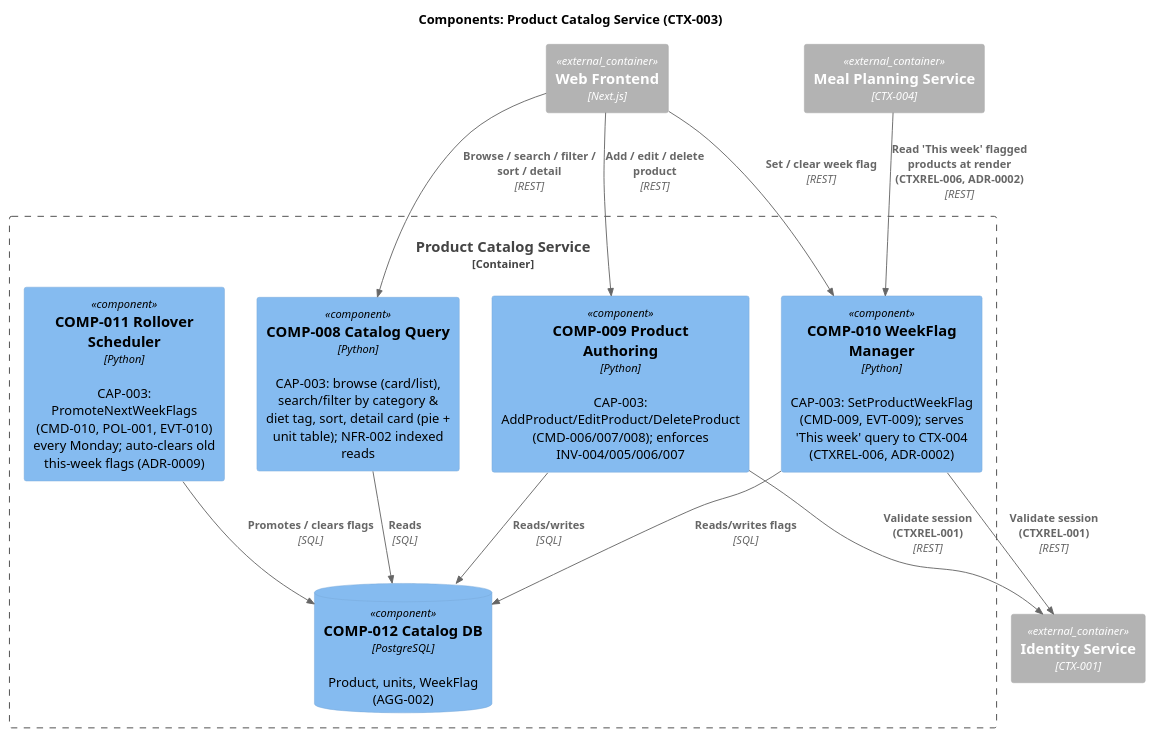
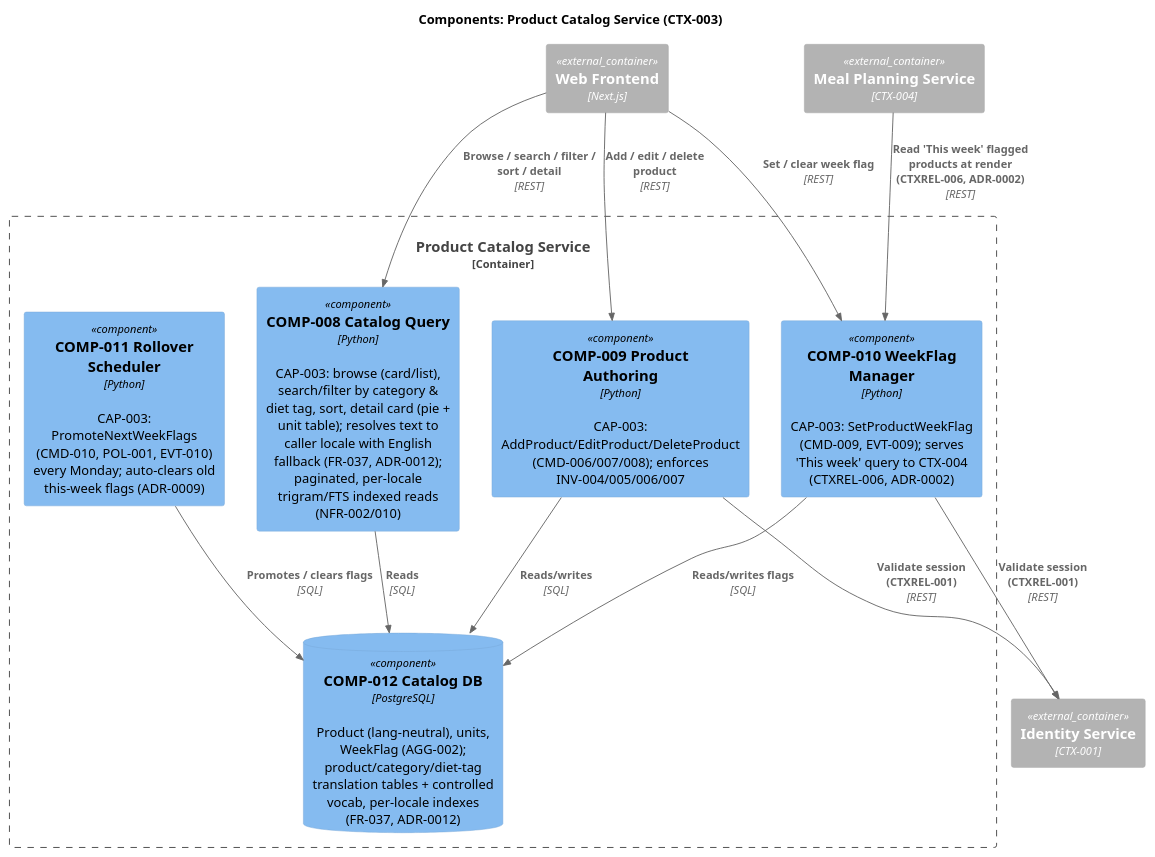
Before and after one commit to et0175/meal-planner: the diagram in meta/architecture/c4/components-product-catalog.puml, drawn with PlantUML. The commit also changed 7 other files, not shown here.

First line of the commit message:
docs(architecture): ADR-0012 product catalog localization model

```diff
--- a/meta/architecture/c4/components-product-catalog.puml
+++ b/meta/architecture/c4/components-product-catalog.puml
@@ -1,37 +1,38 @@
 @startuml
 !include <C4/C4_Component>
 ' ============================================================
 ' C4 Components — Product Catalog Context (CTX-003)
 ' Auto-generated by forge:architect-synthesis. Do not edit manually.
 ' Full COMP inventory: see c4/components-identity.puml (overview).
 ' Generated from: CTX-003 capabilities [CAP-003], context_map CTXREL-001 (auth), CTXREL-006 (WeekFlag read by CTX-004)
-' ADR references: ADR-0009 (rollover auto-clear old this-week), ADR-0002 (WeekFlag served sync to CTX-004)
+' ADR references: ADR-0009 (rollover auto-clear old this-week), ADR-0002 (WeekFlag served sync to CTX-004),
+'                 ADR-0012 (localization model: translation tables + per-locale search; FR-037, NFR-002/010)
 ' ============================================================
 title Components: Product Catalog Service (CTX-003)
 
 Container_Boundary(catalog, "Product Catalog Service") {
-  Component(query, "COMP-008 Catalog Query", "Python", "CAP-003: browse (card/list), search/filter by category & diet tag, sort, detail card (pie + unit table); NFR-002 indexed reads")
+  Component(query, "COMP-008 Catalog Query", "Python", "CAP-003: browse (card/list), search/filter by category & diet tag, sort, detail card (pie + unit table); resolves text to caller locale with English fallback (FR-037, ADR-0012); paginated, per-locale trigram/FTS indexed reads (NFR-002/010)")
   Component(authoring, "COMP-009 Product Authoring", "Python", "CAP-003: AddProduct/EditProduct/DeleteProduct (CMD-006/007/008); enforces INV-004/005/006/007")
   Component(weekflag, "COMP-010 WeekFlag Manager", "Python", "CAP-003: SetProductWeekFlag (CMD-009, EVT-009); serves 'This week' query to CTX-004 (CTXREL-006, ADR-0002)")
   Component(scheduler, "COMP-011 Rollover Scheduler", "Python", "CAP-003: PromoteNextWeekFlags (CMD-010, POL-001, EVT-010) every Monday; auto-clears old this-week flags (ADR-0009)")
-  ComponentDb(catalogDb, "COMP-012 Catalog DB", "PostgreSQL", "Product, units, WeekFlag (AGG-002)")
+  ComponentDb(catalogDb, "COMP-012 Catalog DB", "PostgreSQL", "Product (lang-neutral), units, WeekFlag (AGG-002); product/category/diet-tag translation tables + controlled vocab, per-locale indexes (FR-037, ADR-0012)")
 }
 
 Container_Ext(frontend, "Web Frontend", "Next.js")
 Container_Ext(identity, "Identity Service", "CTX-001")
 Container_Ext(planning, "Meal Planning Service", "CTX-004")
 
 Rel(frontend, query, "Browse / search / filter / sort / detail", "REST")
 Rel(frontend, authoring, "Add / edit / delete product", "REST")
 Rel(frontend, weekflag, "Set / clear week flag", "REST")
 
 Rel(authoring, identity, "Validate session (CTXREL-001)", "REST")
 Rel(weekflag, identity, "Validate session (CTXREL-001)", "REST")
 
 Rel(planning, weekflag, "Read 'This week' flagged products at render (CTXREL-006, ADR-0002)", "REST")
 
 Rel(query, catalogDb, "Reads", "SQL")
 Rel(authoring, catalogDb, "Reads/writes", "SQL")
 Rel(weekflag, catalogDb, "Reads/writes flags", "SQL")
 Rel(scheduler, catalogDb, "Promotes / clears flags", "SQL")
 @enduml
```
